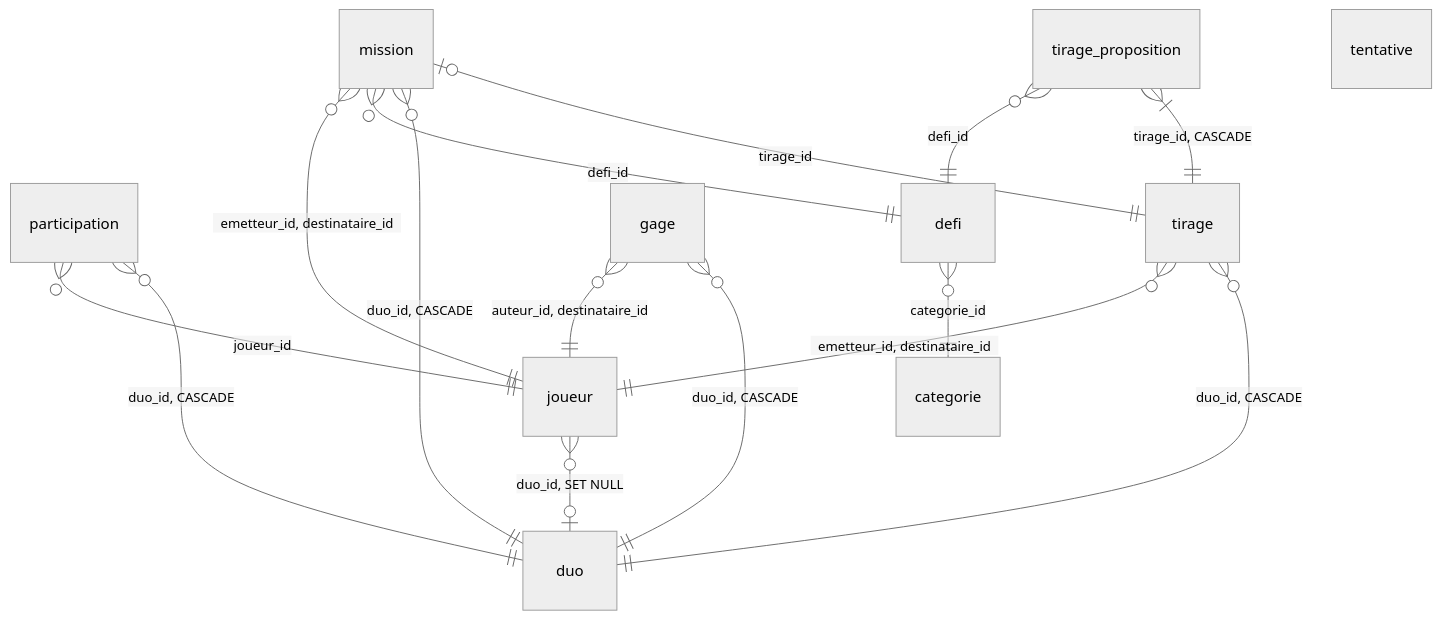
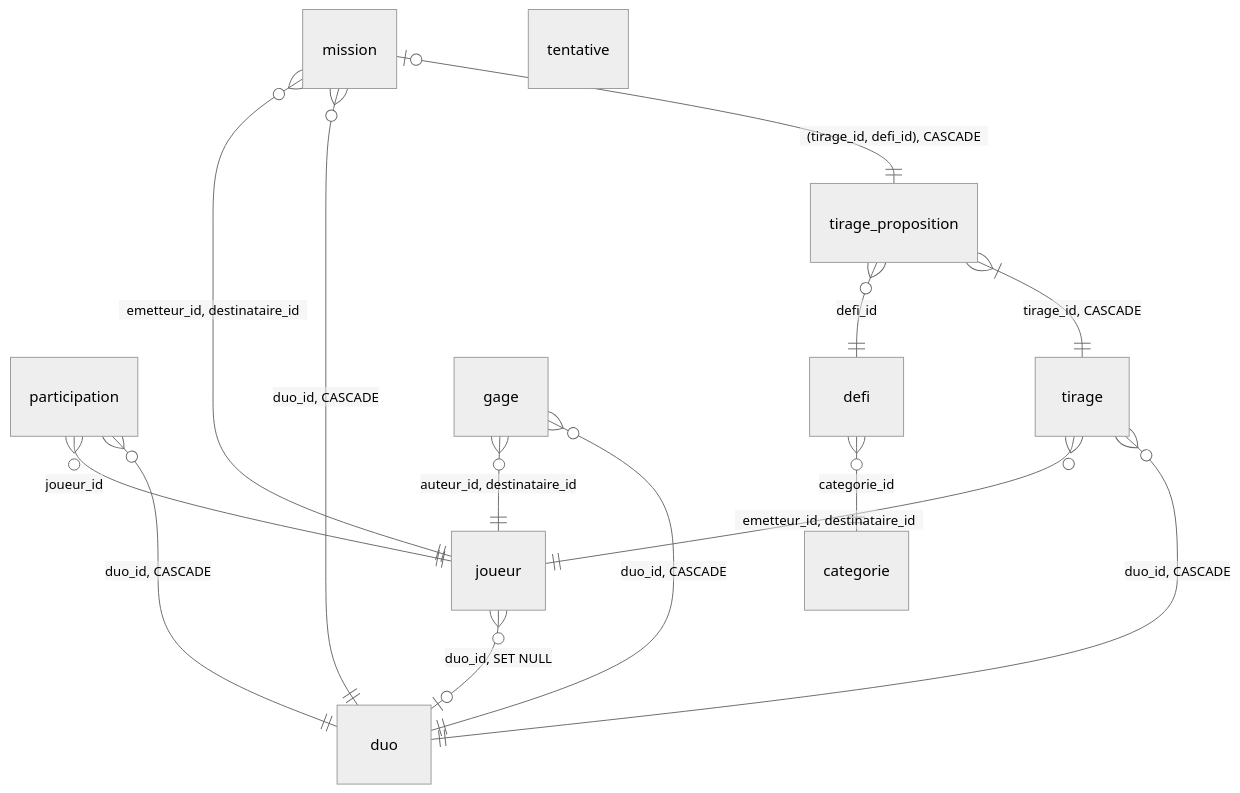
The second of 2 diagrams in README.md (matteo-lorenzi/Quest-Love), drawn with Mermaid (neutral theme) before and after one commit.

Commit message:
README : diagramme du modèle de données aligné sur la clé composite
La mission se relie à tirage_proposition par (tirage_id, defi_id), en cascade, à la place des deux liens séparés vers tirage et vers defi (modèle de données v1.7).

````diff
--- a/README.md
+++ b/README.md
@@ -113,18 +113,17 @@
 ```mermaid
 erDiagram
     joueur }o--o| duo : "duo_id, SET NULL"
     participation }o--|| duo : "duo_id, CASCADE"
     participation }o--|| joueur : "joueur_id"
     tirage }o--|| duo : "duo_id, CASCADE"
     tirage }o--|| joueur : "emetteur_id, destinataire_id"
     tirage_proposition }|--|| tirage : "tirage_id, CASCADE"
     tirage_proposition }o--|| defi : "defi_id"
     defi }o--|| categorie : "categorie_id"
-    mission |o--|| tirage : "tirage_id"
+    mission |o--|| tirage_proposition : "(tirage_id, defi_id), CASCADE"
     mission }o--|| duo : "duo_id, CASCADE"
-    mission }o--|| defi : "defi_id"
     mission }o--|| joueur : "emetteur_id, destinataire_id"
     gage }o--|| duo : "duo_id, CASCADE"
     gage }o--|| joueur : "auteur_id, destinataire_id"
     tentative
 ```
````
